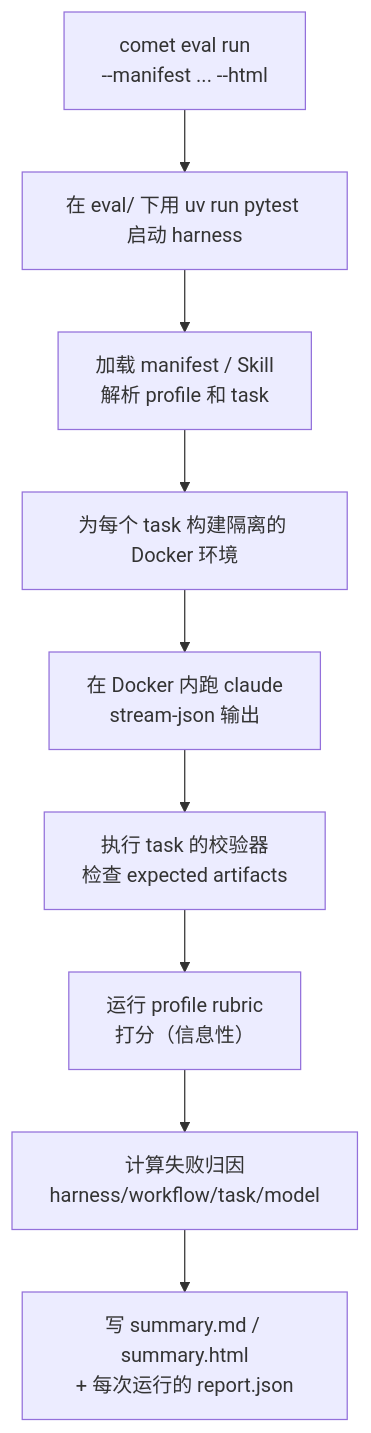
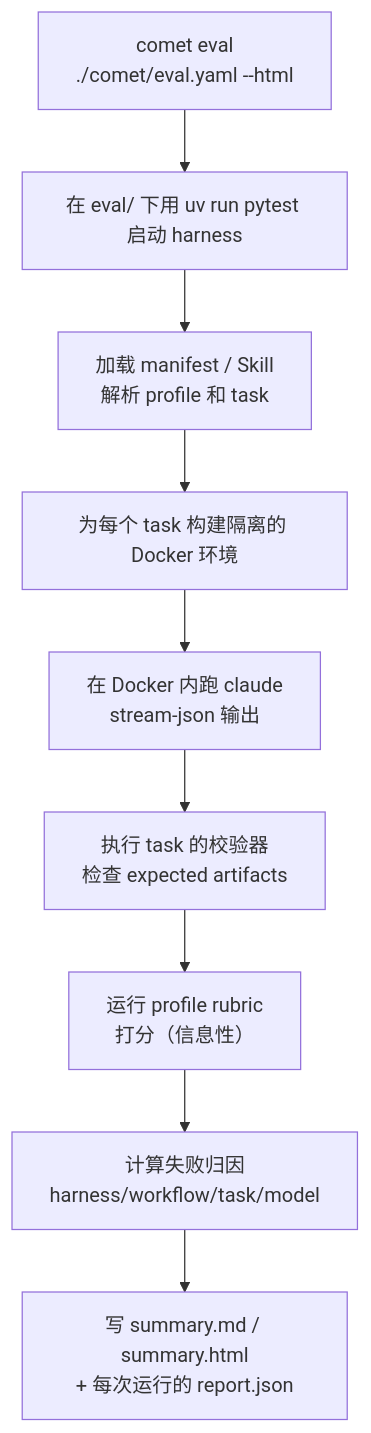
Before and after one commit to rpamis/comet-website-docs: the diagram in zh/eval/quickstart.mdx, drawn with Mermaid. The commit also changed other lines of this file and 23 other files, not shown here.

````diff
--- a/zh/eval/quickstart.mdx
+++ b/zh/eval/quickstart.mdx
@@ -153,11 +153,11 @@
 ```mermaid
 flowchart TD
-    A["comet eval run<br/>--manifest ... --html"] --> B["在 eval/ 下用 uv run pytest 启动 harness"]
+    A["comet eval<br/>./comet/eval.yaml --html"] --> B["在 eval/ 下用 uv run pytest 启动 harness"]
     B --> C["加载 manifest / Skill<br/>解析 profile 和 task"]
     C --> D["为每个 task 构建隔离的 Docker 环境"]
     D --> E["在 Docker 内跑 claude<br/>stream-json 输出"]
     E --> F["执行 task 的校验器<br/>检查 expected artifacts"]
     F --> G["运行 profile rubric<br/>打分（信息性）"]
     G --> H["计算失败归因<br/>harness/workflow/task/model"]
     H --> I["写 summary.md / summary.html<br/>+ 每次运行的 report.json"]
 ```
````
